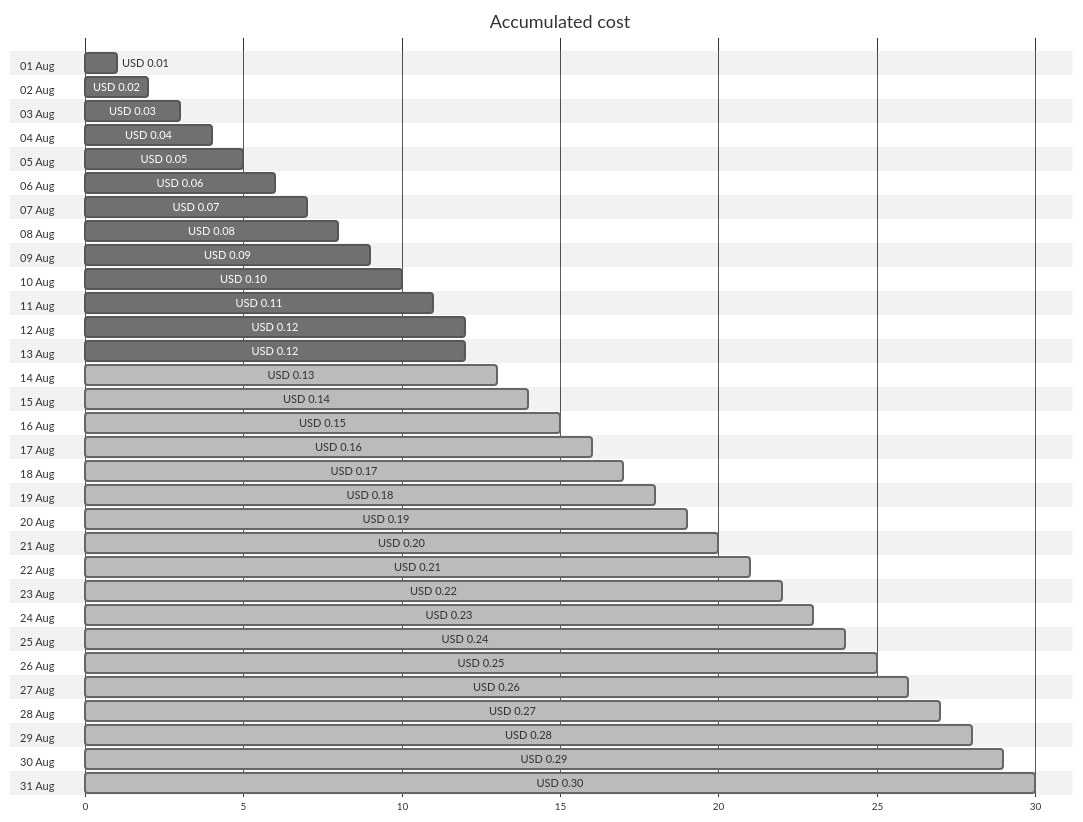
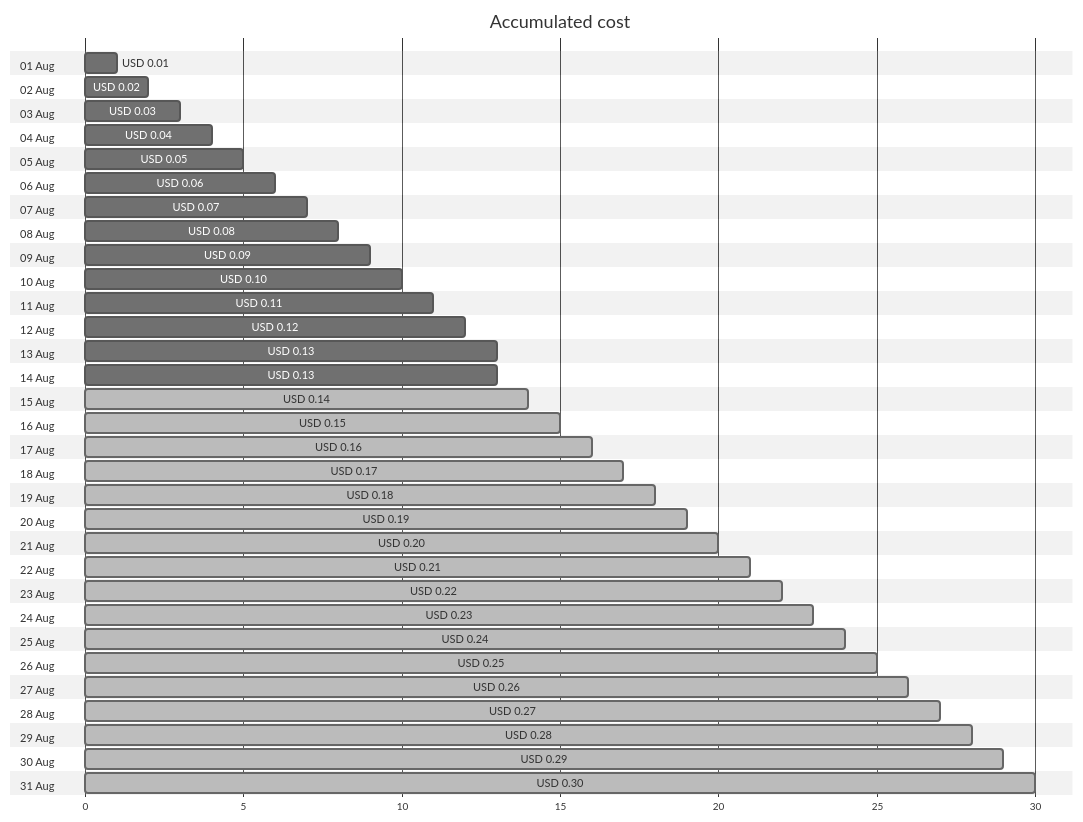
The first of 4 diagrams in cost-reports/cloud-shell-storage-eastus/README.md (jpfulton/azure-personal-reports), drawn with Mermaid (neutral theme) before and after one commit. The commit also changed other lines of this file and 1 other file, not shown here.

````diff
--- a/cost-reports/cloud-shell-storage-eastus/README.md
+++ b/cost-reports/cloud-shell-storage-eastus/README.md
@@ -20,68 +20,68 @@
 ```mermaid
 gantt
    title Accumulated cost
    dateFormat  X
    axisFormat %s
    section 01 Aug
    USD 0.01 :0, 1
    section 02 Aug
    USD 0.02 :0, 2
    section 03 Aug
    USD 0.03 :0, 3
    section 04 Aug
    USD 0.04 :0, 4
    section 05 Aug
    USD 0.05 :0, 5
    section 06 Aug
    USD 0.06 :0, 6
    section 07 Aug
    USD 0.07 :0, 7
    section 08 Aug
    USD 0.08 :0, 8
    section 09 Aug
    USD 0.09 :0, 9
    section 10 Aug
    USD 0.10 :0, 10
    section 11 Aug
    USD 0.11 :0, 11
    section 12 Aug
    USD 0.12 :0, 12
    section 13 Aug
-   USD 0.12 :0, 12
+   USD 0.13 :0, 13
    section 14 Aug
-   USD 0.13 : done, 0, 13
+   USD 0.13 :0, 13
    section 15 Aug
    USD 0.14 : done, 0, 14
    section 16 Aug
    USD 0.15 : done, 0, 15
    section 17 Aug
    USD 0.16 : done, 0, 16
    section 18 Aug
    USD 0.17 : done, 0, 17
    section 19 Aug
    USD 0.18 : done, 0, 18
    section 20 Aug
    USD 0.19 : done, 0, 19
    section 21 Aug
    USD 0.20 : done, 0, 20
    section 22 Aug
    USD 0.21 : done, 0, 21
    section 23 Aug
    USD 0.22 : done, 0, 22
    section 24 Aug
    USD 0.23 : done, 0, 23
    section 25 Aug
    USD 0.24 : done, 0, 24
    section 26 Aug
    USD 0.25 : done, 0, 25
    section 27 Aug
    USD 0.26 : done, 0, 26
    section 28 Aug
    USD 0.27 : done, 0, 27
    section 29 Aug
    USD 0.28 : done, 0, 28
    section 30 Aug
    USD 0.29 : done, 0, 29
    section 31 Aug
    USD 0.30 : done, 0, 30
 ```
````
